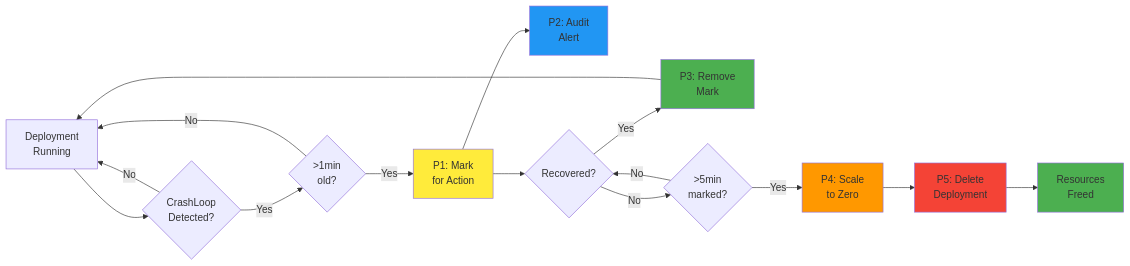
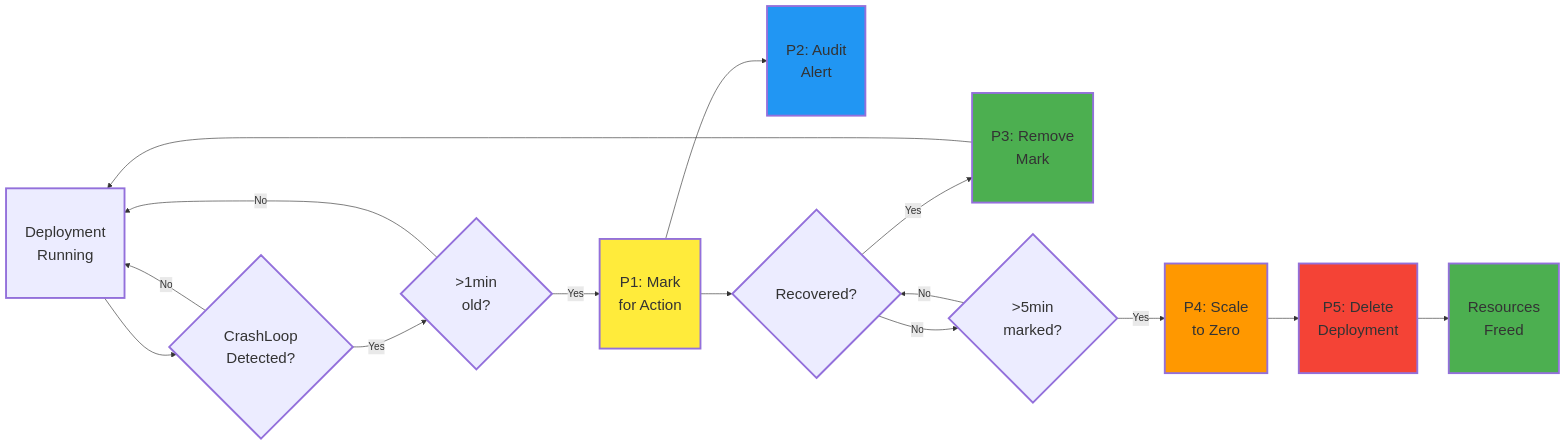
Before and after one commit to nirmata/platform-engineering-policies: the diagram in Cluster Hygiene Management/clean-deployments-crashloop-pods/README.md, drawn with Mermaid.

````diff
--- a/Cluster Hygiene Management/clean-deployments-crashloop-pods/README.md
+++ b/Cluster Hygiene Management/clean-deployments-crashloop-pods/README.md
@@ -5,27 +5,29 @@
 ```mermaid
 flowchart LR
     A[Deployment<br/>Running] --> B{CrashLoop<br/>Detected?}
     B -->|No| A
     B -->|Yes| C{>1min<br/>old?}
     C -->|No| A
     C -->|Yes| D[P1: Mark<br/>for Action]
     
     D --> E[P2: Audit<br/>Alert]
     D --> F{Recovered?}
     F -->|Yes| G[P3: Remove<br/>Mark]
     G --> A
     
     F -->|No| H{>5min<br/>marked?}
     H -->|No| F
     H -->|Yes| I[P4: Scale<br/>to Zero]
     
     I --> J[P5: Delete<br/>Deployment]
     J --> K[Resources<br/>Freed]
     
     style D fill:#ffeb3b
     style E fill:#2196f3
     style G fill:#4caf50
     style I fill:#ff9800
     style J fill:#f44336
     style K fill:#4caf50
+    
+    classDef default font-size:24px,padding:15px,stroke-width:3px
 ```
````
